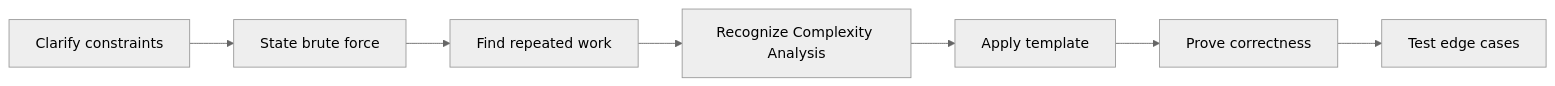
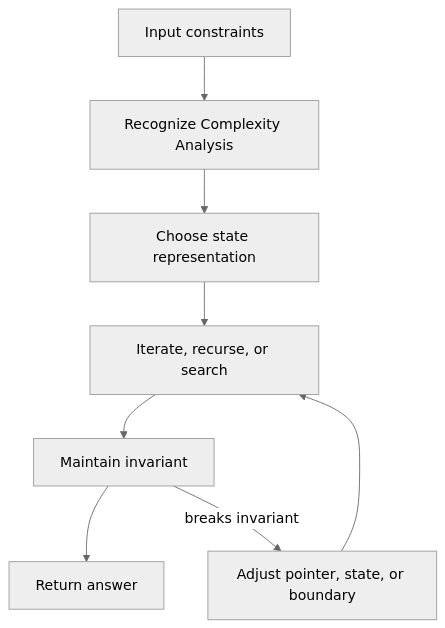
Before and after one commit to abstractinterviews/abstractinterviews.github.io: the second of 2 diagrams in coding-round/foundations/complexity-analysis/index.md, drawn with Mermaid (neutral theme). The commit also changed other lines of this file and 278 other files, not shown here.

````diff
--- a/coding-round/foundations/complexity-analysis/index.md
+++ b/coding-round/foundations/complexity-analysis/index.md
@@ -123,9 +121,10 @@
-~~~mermaid
-flowchart LR
-    A["Clarify constraints"] --> B["State brute force"]
-    B --> C["Find repeated work"]
-    C --> D["Recognize Complexity Analysis"]
-    D --> E["Apply template"]
-    E --> F["Prove correctness"]
-    F --> G["Test edge cases"]
-~~~
+```mermaid
+flowchart TD
+    Input["Input constraints"] --> Pattern["Recognize Complexity Analysis"]
+    Pattern --> State["Choose state representation"]
+    State --> Iterate["Iterate, recurse, or search"]
+    Iterate --> Check["Maintain invariant"]
+    Check --> Result["Return answer"]
+    Check -->|breaks invariant| Fix["Adjust pointer, state, or boundary"]
+    Fix --> Iterate
+```
````
